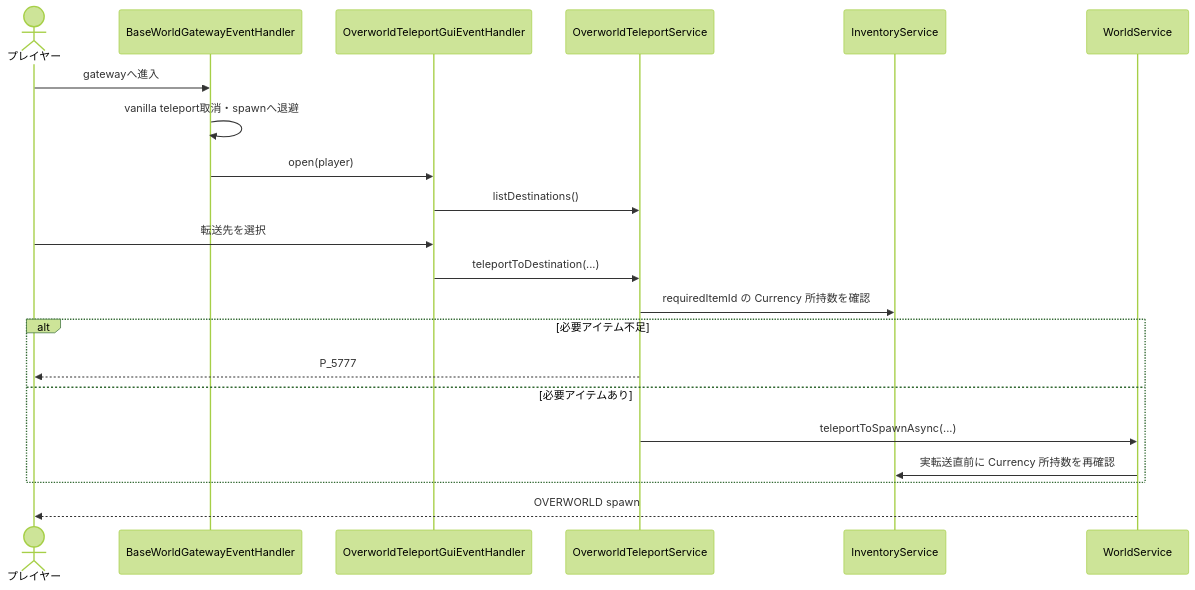
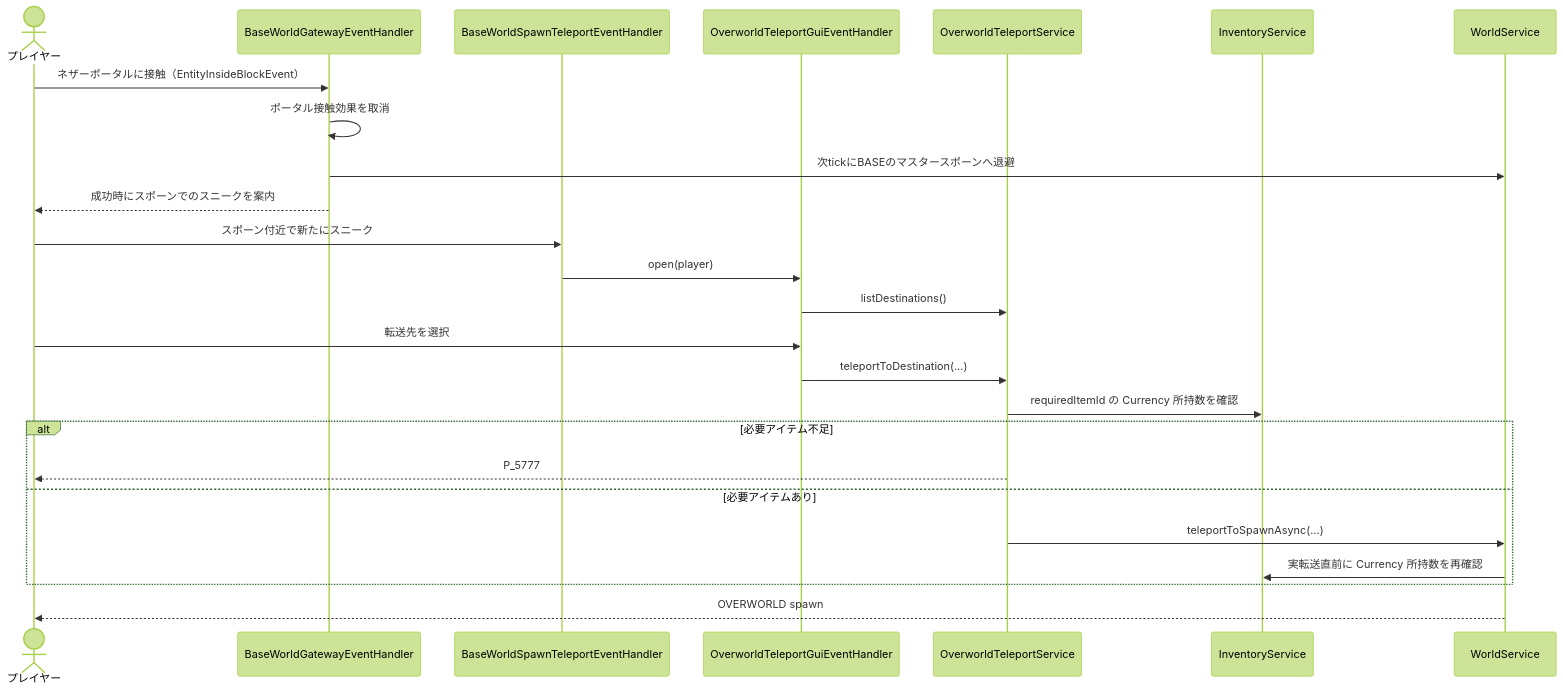
One commit to maaasu/AstralRecord-Workspace changed the second of 6 diagrams in 00_docs/10_Plugin設計書/feature/17-world/17_4-統合フロー.md. Above: the diagram before and after it, drawn with Mermaid (forest theme). The commit also changed other lines of this file and 6 other files, not shown here.

````diff
--- a/00_docs/10_Plugin設計書/feature/17-world/17_4-統合フロー.md
+++ b/00_docs/10_Plugin設計書/feature/17-world/17_4-統合フロー.md
@@ -41,23 +41,27 @@
 ```mermaid
 sequenceDiagram
     actor Player as プレイヤー
     participant Gateway as BaseWorldGatewayEventHandler
+    participant Spawn as BaseWorldSpawnTeleportEventHandler
     participant GUI as OverworldTeleportGuiEventHandler
     participant Select as OverworldTeleportService
     participant Inventory as InventoryService
     participant World as WorldService
-    Player->>Gateway: gatewayへ進入
-    Gateway->>Gateway: vanilla teleport取消・spawnへ退避
-    Gateway->>GUI: open(player)
+    Player->>Gateway: ネザーポータルに接触（EntityInsideBlockEvent）
+    Gateway->>Gateway: ポータル接触効果を取消
+    Gateway->>World: 次tickにBASEのマスタースポーンへ退避
+    Gateway-->>Player: 成功時にスポーンでのスニークを案内
+    Player->>Spawn: スポーン付近で新たにスニーク
+    Spawn->>GUI: open(player)
     GUI->>Select: listDestinations()
     Player->>GUI: 転送先を選択
     GUI->>Select: teleportToDestination(...)
     Select->>Inventory: requiredItemId の Currency 所持数を確認
     alt 必要アイテム不足
         Select-->>Player: P_5777
     else 必要アイテムあり
         Select->>World: teleportToSpawnAsync(...)
         World->>Inventory: 実転送直前に Currency 所持数を再確認
     end
     World-->>Player: OVERWORLD spawn
 ```
````
